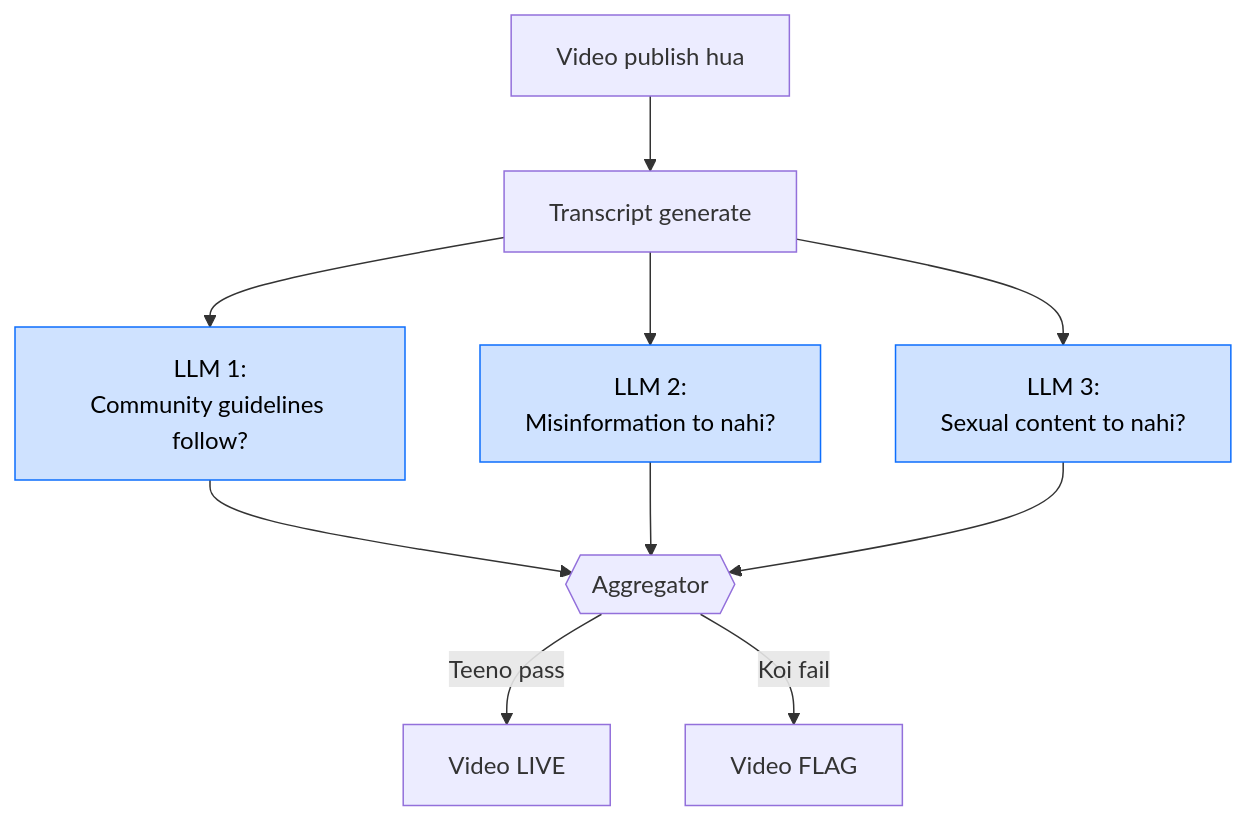
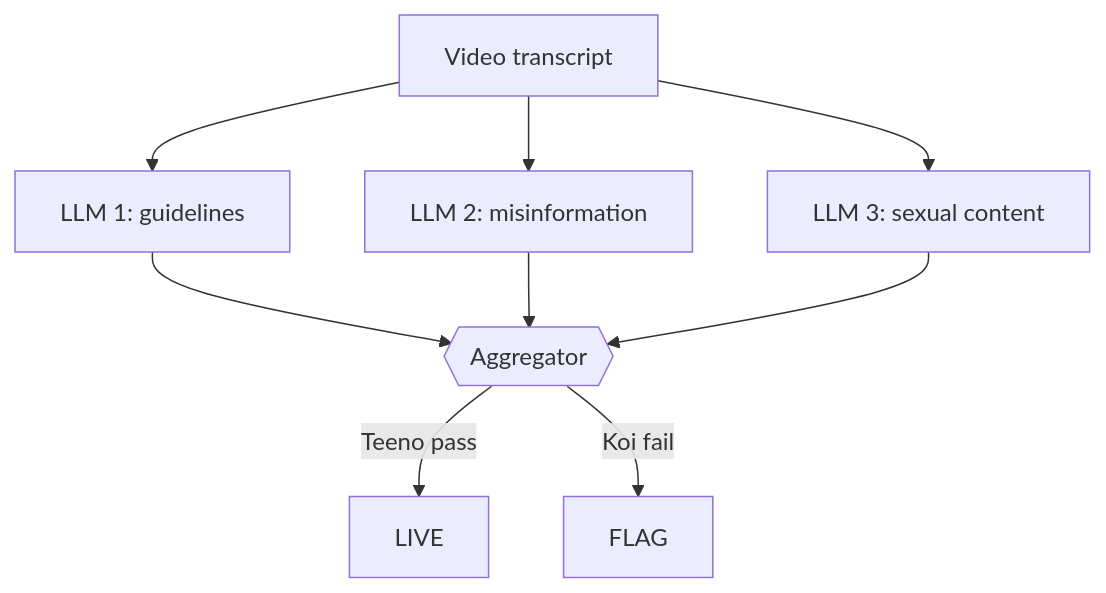
The sixth of 18 diagrams in V04-LangGraph core concepts/README.md (pallav2712/langGraph-campusx-notes), drawn with Mermaid before and after one commit. The commit also changed other lines of this file, not shown here.

Commit message:
v04 langGraph core concepts updated graphs and notes balanced

````diff
--- a/V04-LangGraph core concepts/README.md
+++ b/V04-LangGraph core concepts/README.md
@@ -156,15 +147,11 @@
 ```mermaid
 flowchart TD
-    V["Video publish hua"] --> TR["Transcript generate"]
-    TR --> C1["LLM 1:<br/>Community guidelines follow?"]
-    TR --> C2["LLM 2:<br/>Misinformation to nahi?"]
-    TR --> C3["LLM 3:<br/>Sexual content to nahi?"]
+    TR["Video transcript"] --> C1["LLM 1: guidelines"]
+    TR --> C2["LLM 2: misinformation"]
+    TR --> C3["LLM 3: sexual content"]
     C1 --> AG{{"Aggregator"}}
     C2 --> AG
     C3 --> AG
-    AG -- "Teeno pass" --> LIVE["Video LIVE"]
-    AG -- "Koi fail" --> FLAG["Video FLAG"]
-    style C1 fill:#cfe2ff,stroke:#0d6efd,color:#000
-    style C2 fill:#cfe2ff,stroke:#0d6efd,color:#000
-    style C3 fill:#cfe2ff,stroke:#0d6efd,color:#000
+    AG -- "Teeno pass" --> L["LIVE"]
+    AG -- "Koi fail" --> F["FLAG"]
 ```
````
